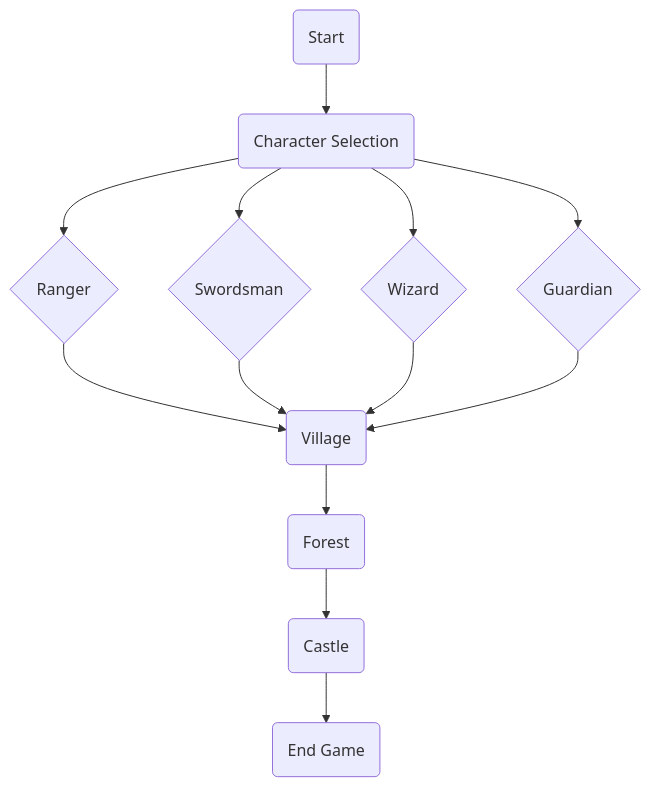
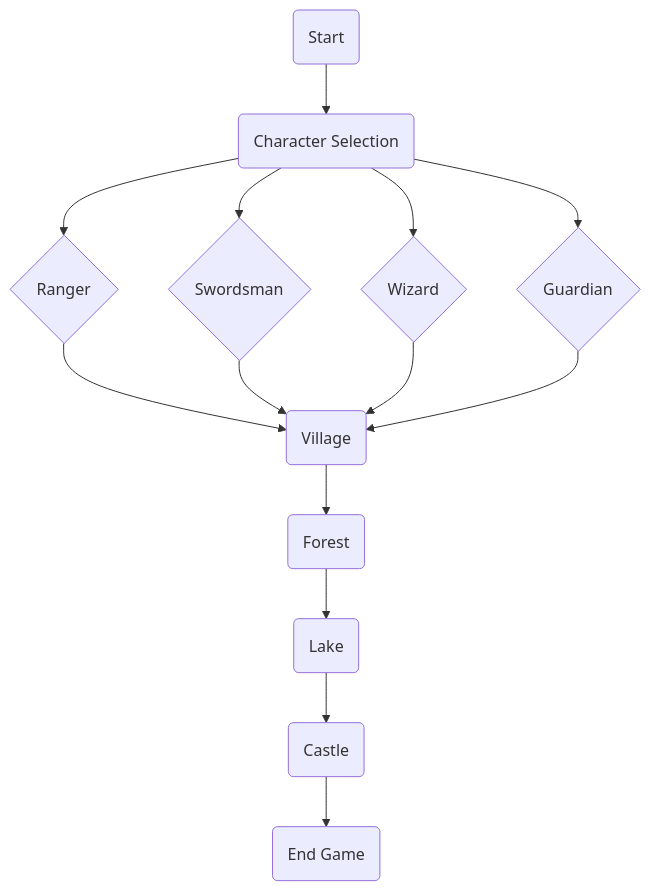
One commit to Canada101/sd changed the second of 2 diagrams in README.md. Above: the diagram before and after it, drawn with Mermaid. The commit also changed other lines of this file and 2 other files, not shown here.

````diff
--- a/README.md
+++ b/README.md
@@ -69,18 +75,19 @@
 ```mermaid
 graph TD
     A(Start) --> B(Character Selection)
     B --> C{Ranger}
     B --> D{Swordsman}
     B --> E{Wizard}
     B --> F{Guardian}
     
     C --> G(Village)
     D --> G
     E --> G
     F --> G
     
     G --> H(Forest)
-    H --> I(Castle)
+    H --> I(Lake)
+    I --> J(Castle)
     
-    I --> J(End Game)
+    J --> K(End Game)
 ```
````
